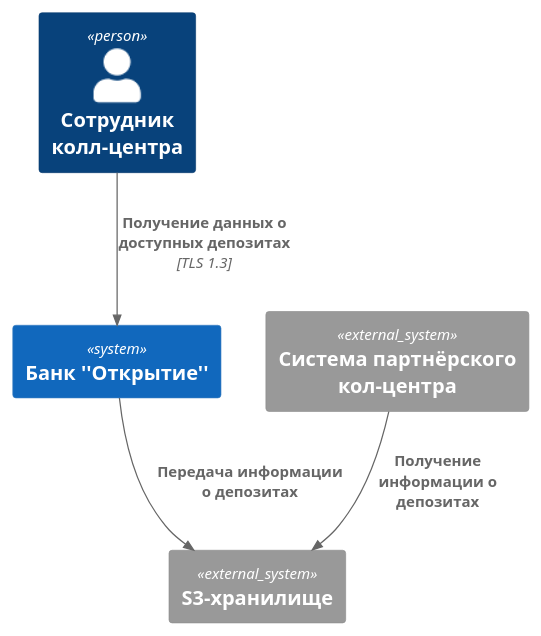
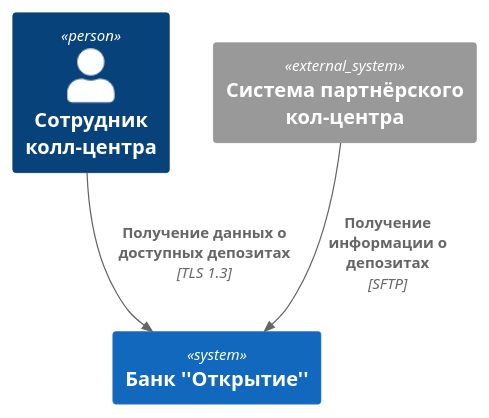
The diagram in Exc4/diagrams_src/context_diagram.puml (snakeduse/architecture-sprint-9), drawn with PlantUML before and after one commit. The commit also changed 2 other files, not shown here.

Commit message:
feat(Exc4): Отказался от S3 в пользу SFTP-сервера

```diff
--- a/Exc4/diagrams_src/context_diagram.puml
+++ b/Exc4/diagrams_src/context_diagram.puml
@@ -1,19 +1,17 @@
 @startuml open_deposit
 
 !include https://raw.githubusercontent.com/plantuml-stdlib/C4-PlantUML/master/C4_Container.puml
 
 top to bottom direction
 
 Person(call_employee, "Сотрудник колл-центра", "")
 
 System(bank, "Банк ''Открытие''", "")
 
 System_Ext(externalCallCenter, "Система партнёрского кол-центра")
-System_Ext(s3Storage, "S3-хранилище")
 
 Rel(call_employee, bank, "Получение данных о доступных депозитах", "TLS 1.3")
-Rel(bank, s3Storage, "Передача информации о депозитах")
-Rel(externalCallCenter, s3Storage, "Получение информации о депозитах")
+Rel(externalCallCenter, bank, "Получение информации о депозитах", "SFTP")
 
 
 @enduml
```
